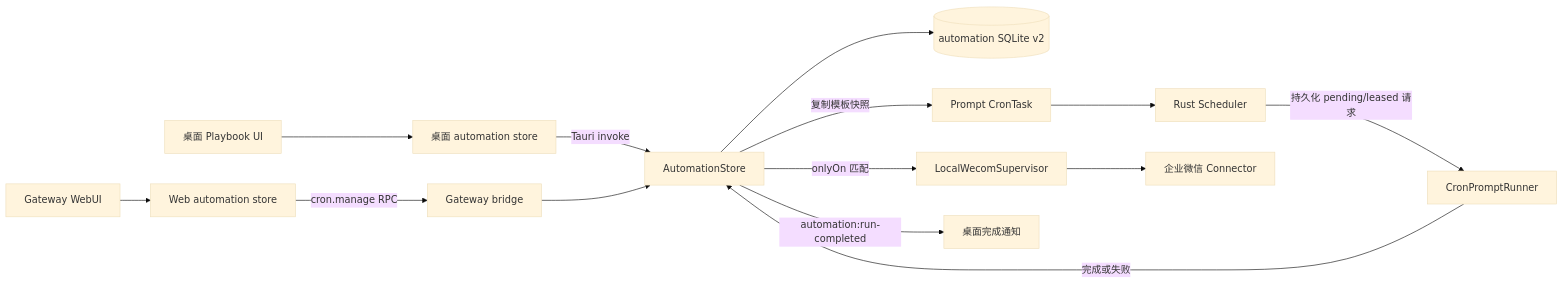
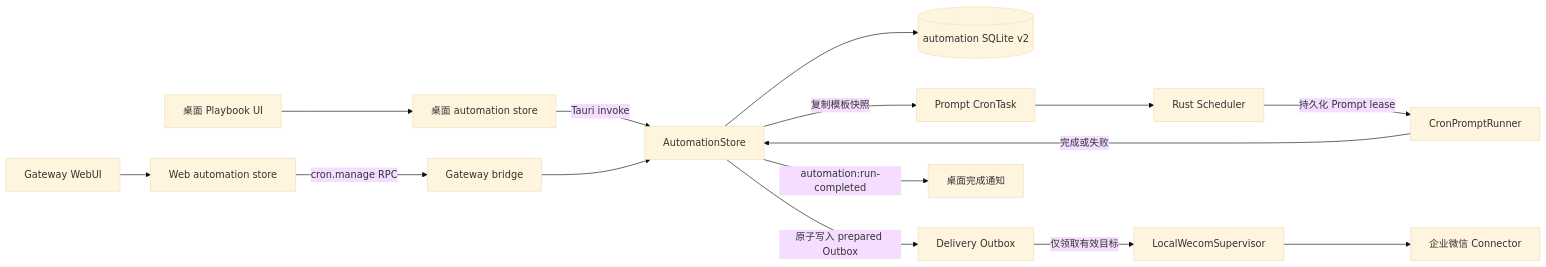
The diagram in docs/features/playbooks-and-delivery.md (xiaonie7/ArcForge), drawn with Mermaid (base theme) before and after one commit. The commit also changed other lines of this file and 90 other files, not shown here.

````diff
--- a/docs/features/playbooks-and-delivery.md
+++ b/docs/features/playbooks-and-delivery.md
@@ -20,16 +20,17 @@
 ```mermaid
 flowchart LR
     D["桌面 Playbook UI"] --> DS["桌面 automation store"]
     W["Gateway WebUI"] --> WS["Web automation store"]
     WS -->|"cron.manage RPC"| GB["Gateway bridge"]
     DS -->|"Tauri invoke"| AS["AutomationStore"]
     GB --> AS
     AS --> DB[("automation SQLite v2")]
     AS -->|"复制模板快照"| CT["Prompt CronTask"]
     CT --> SCH["Rust Scheduler"]
-    SCH -->|"持久化 pending/leased 请求"| PR["CronPromptRunner"]
+    SCH -->|"持久化 Prompt lease"| PR["CronPromptRunner"]
     PR -->|"完成或失败"| AS
-    AS -->|"onlyOn 匹配"| WC["LocalWecomSupervisor"]
+    AS -->|"原子写入 prepared Outbox"| OB["Delivery Outbox"]
+    OB -->|"仅领取有效目标"| WC["LocalWecomSupervisor"]
     WC --> CONN["企业微信 Connector"]
     AS -->|"automation:run-completed"| TOAST["桌面完成通知"]
 ```
````
